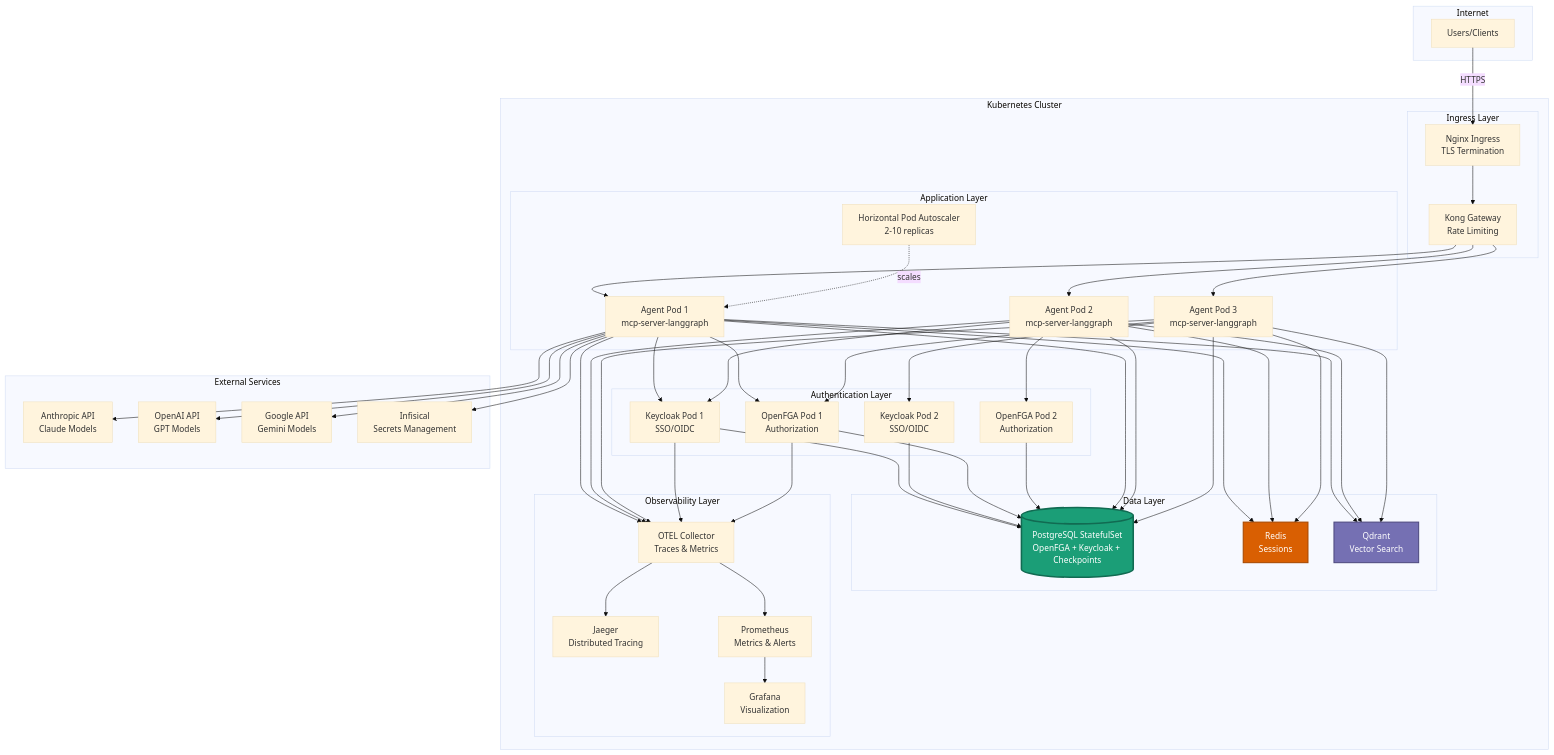
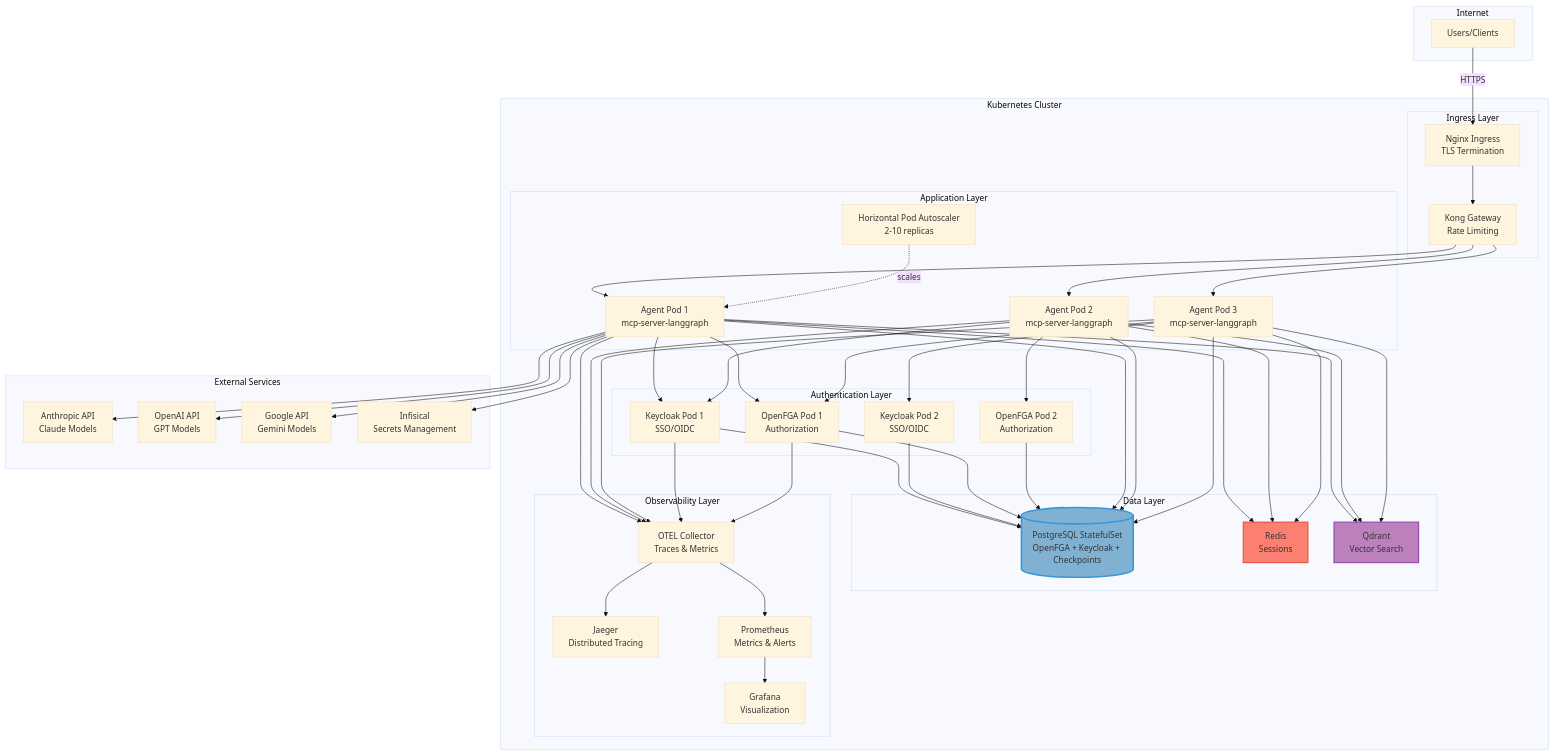
One commit to vishnu2kmohan/mcp-server-langgraph changed the fourth of 10 diagrams in docs/diagrams/system-architecture.mdx. Above: the diagram before and after it, drawn with Mermaid (base theme). The commit also changed other lines of this file and 11 other files, not shown here.

First line of the commit message:
style: migrate all diagrams from Dark2 to Set3 ColorBrewer2 palette

````diff
--- a/docs/diagrams/system-architecture.mdx
+++ b/docs/diagrams/system-architecture.mdx
@@ -288,7 +288,7 @@
     OTELCol --> PrometheusPod
     PrometheusPod --> GrafanaPod
 
-    style PostgresDB fill:#1b9e77,stroke:#116b52,stroke-width:3px,color:#fff
-    style RedisPod fill:#d95f02,stroke:#a64801,stroke-width:2px,color:#fff
-    style QdrantPod fill:#7570b3,stroke:#4e4a7f,stroke-width:2px,color:#fff
+    style PostgresDB fill:#80b1d3,stroke:#3498db,stroke-width:3px,color:#333
+    style RedisPod fill:#fb8072,stroke:#e74c3c,stroke-width:2px,color:#333
+    style QdrantPod fill:#bc80bd,stroke:#8e44ad,stroke-width:2px,color:#333
 ```
````
